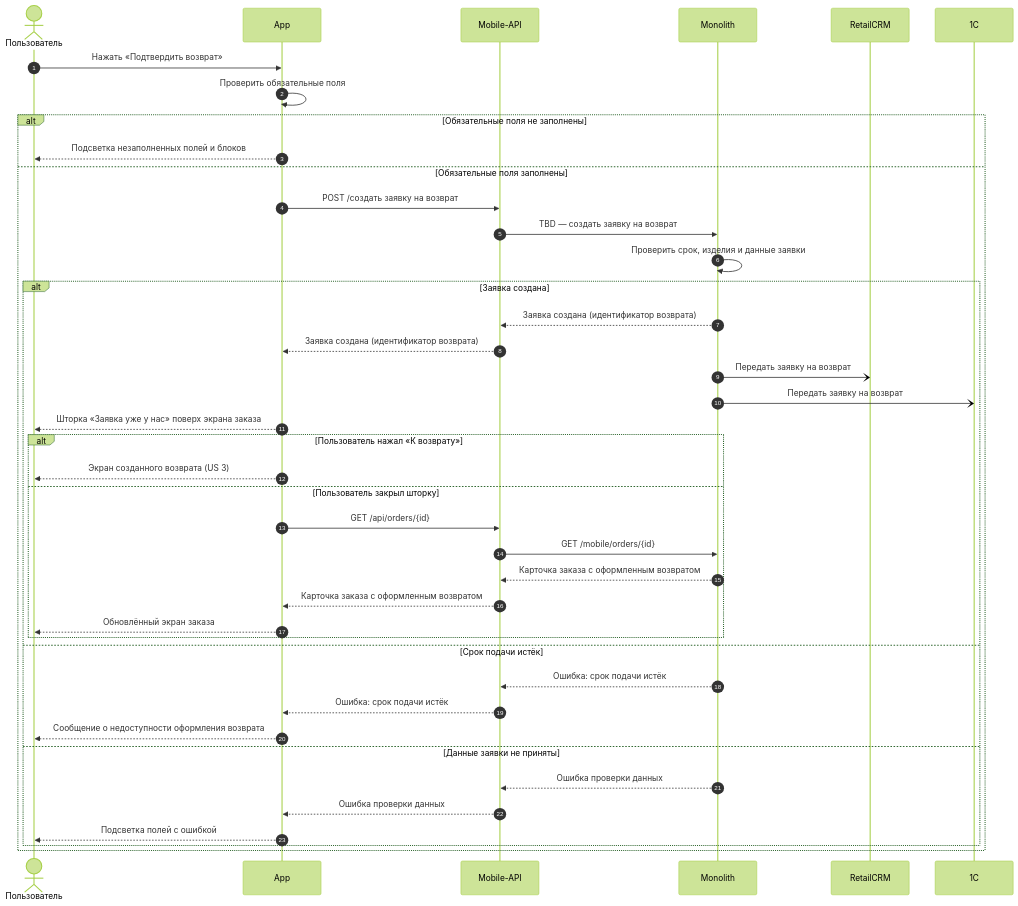
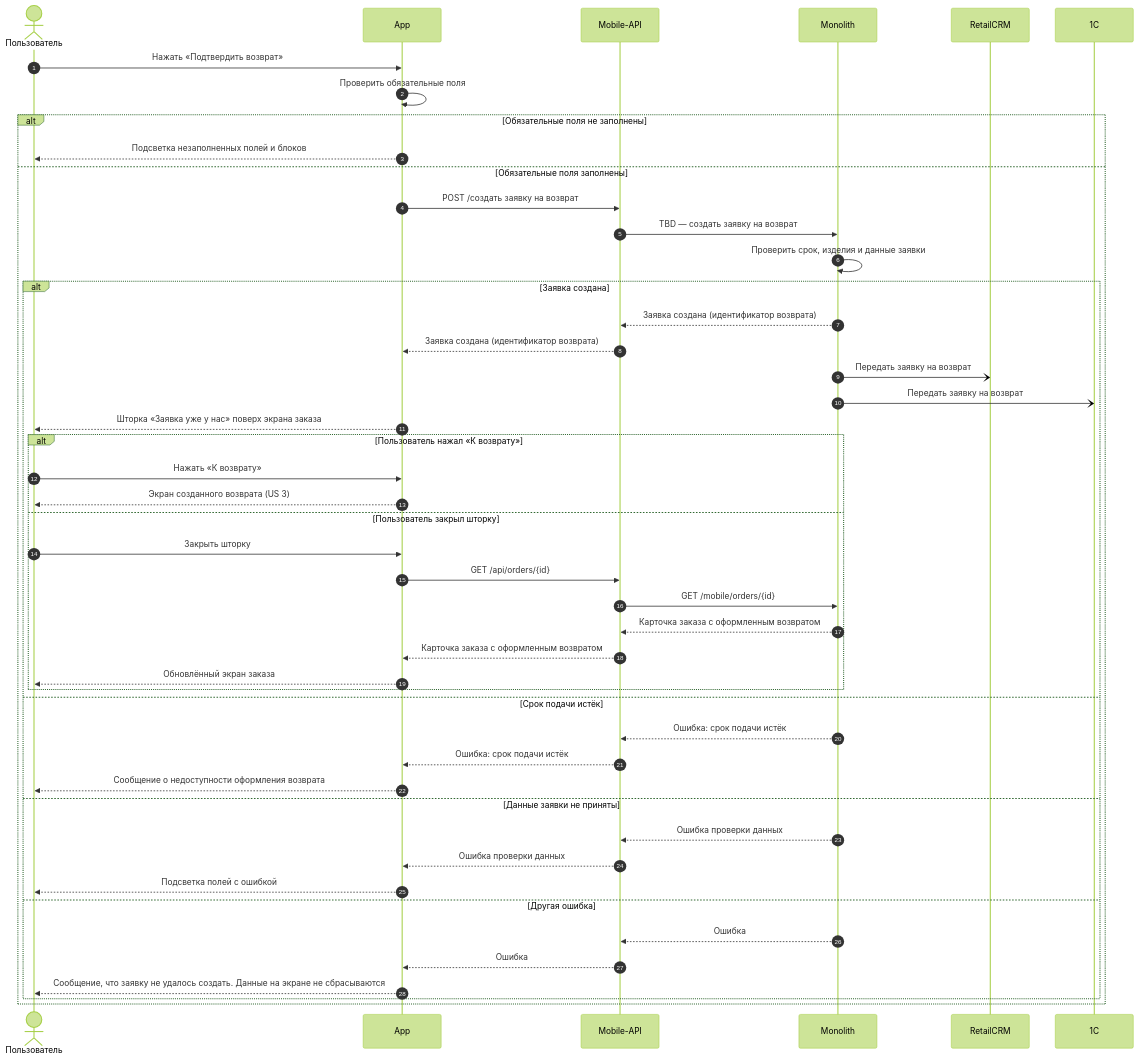
Diagram 16 of 21 in projects/returns-2.0/requirements/srs/srs-mobile-mvp.md (Terinss155/opencode-agents-analysis), drawn with Mermaid (forest theme) before and after one commit. The commit also changed other lines of this file and 6 other files, not shown here.

````diff
--- a/projects/returns-2.0/requirements/srs/srs-mobile-mvp.md
+++ b/projects/returns-2.0/requirements/srs/srs-mobile-mvp.md
@@ -1042,44 +1064,50 @@
 ```mermaid
 sequenceDiagram
     autonumber
     actor U as Пользователь
     participant APP as App
     participant API as Mobile-API
     participant MON as Monolith
     participant RCRM as RetailCRM
     participant ONEC as 1C
 
     U->>APP: Нажать «Подтвердить возврат»
     APP->>APP: Проверить обязательные поля
     alt Обязательные поля не заполнены
         APP-->>U: Подсветка незаполненных полей и блоков
     else Обязательные поля заполнены
         APP->>API: POST /создать заявку на возврат
         API->>MON: TBD — создать заявку на возврат
         MON->>MON: Проверить срок, изделия и данные заявки
         alt Заявка создана
             MON-->>API: Заявка создана (идентификатор возврата)
             API-->>APP: Заявка создана (идентификатор возврата)
             MON-)RCRM: Передать заявку на возврат
             MON-)ONEC: Передать заявку на возврат
             APP-->>U: Шторка «Заявка уже у нас» поверх экрана заказа
             alt Пользователь нажал «К возврату»
+                U->>APP: Нажать «К возврату»
                 APP-->>U: Экран созданного возврата (US 3)
             else Пользователь закрыл шторку
+                U->>APP: Закрыть шторку
                 APP->>API: GET /api/orders/{id}
                 API->>MON: GET /mobile/orders/{id}
                 MON-->>API: Карточка заказа с оформленным возвратом
                 API-->>APP: Карточка заказа с оформленным возвратом
                 APP-->>U: Обновлённый экран заказа
             end
         else Срок подачи истёк
             MON-->>API: Ошибка: срок подачи истёк
             API-->>APP: Ошибка: срок подачи истёк
             APP-->>U: Сообщение о недоступности оформления возврата
         else Данные заявки не приняты
             MON-->>API: Ошибка проверки данных
             API-->>APP: Ошибка проверки данных
             APP-->>U: Подсветка полей с ошибкой
+        else Другая ошибка
+            MON-->>API: Ошибка
+            API-->>APP: Ошибка
+            APP-->>U: Сообщение, что заявку не удалось создать. Данные на экране не сбрасываются
         end
     end
 ```
````
